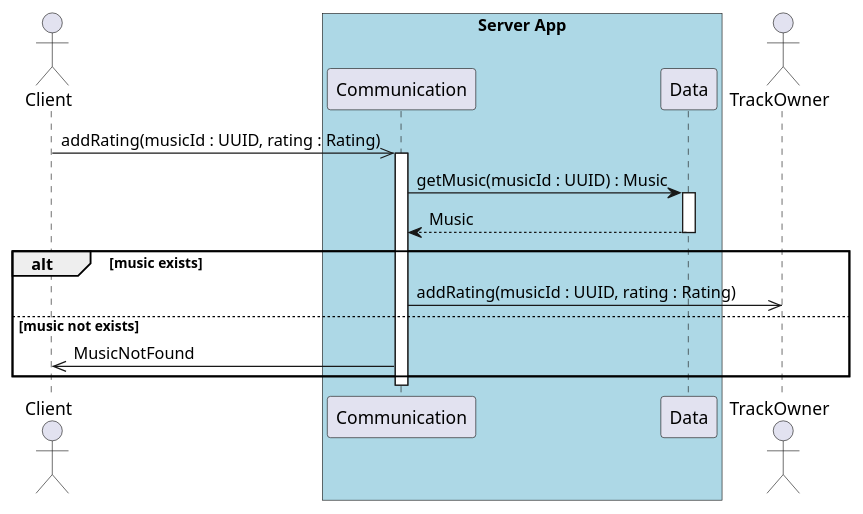
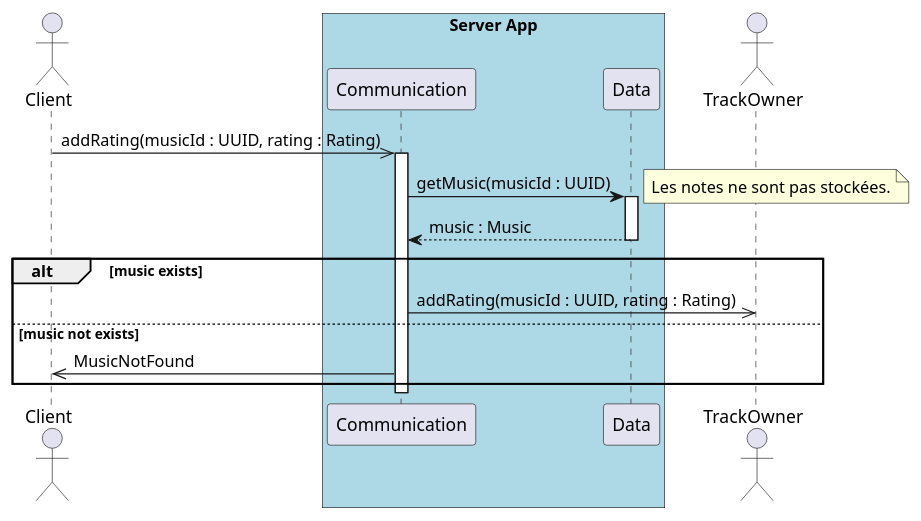
The diagram in sequence/4.1_add_rating_server.puml (UTCAI12/Diagrams), drawn with PlantUML before and after one commit. The commit also changed 1 other file, not shown here.

Commit message:
Adding notes.

```diff
--- a/sequence/4.1_add_rating_server.puml
+++ b/sequence/4.1_add_rating_server.puml
@@ -1,27 +1,28 @@
 @startuml 4.1 User add a rating to a music (server)
 
 actor Client as client
 
 box "Server App" #LightBlue
     participant Communication as com
     participant Data as data
 end box
 
 actor TrackOwner as owner
 
 client ->> com : addRating(musicId : UUID, rating : Rating)
 
 activate com
 
-com -> data++ : getMusic(musicId : UUID) : Music
-return Music
+com -> data++ : getMusic(musicId : UUID)
+note right : Les notes ne sont pas stockées.
+return music : Music
 
 alt music exists
     com ->> owner : addRating(musicId : UUID, rating : Rating)
 else music not exists
     com ->> client : MusicNotFound
 end
 
 deactivate com
 
 @enduml
```
